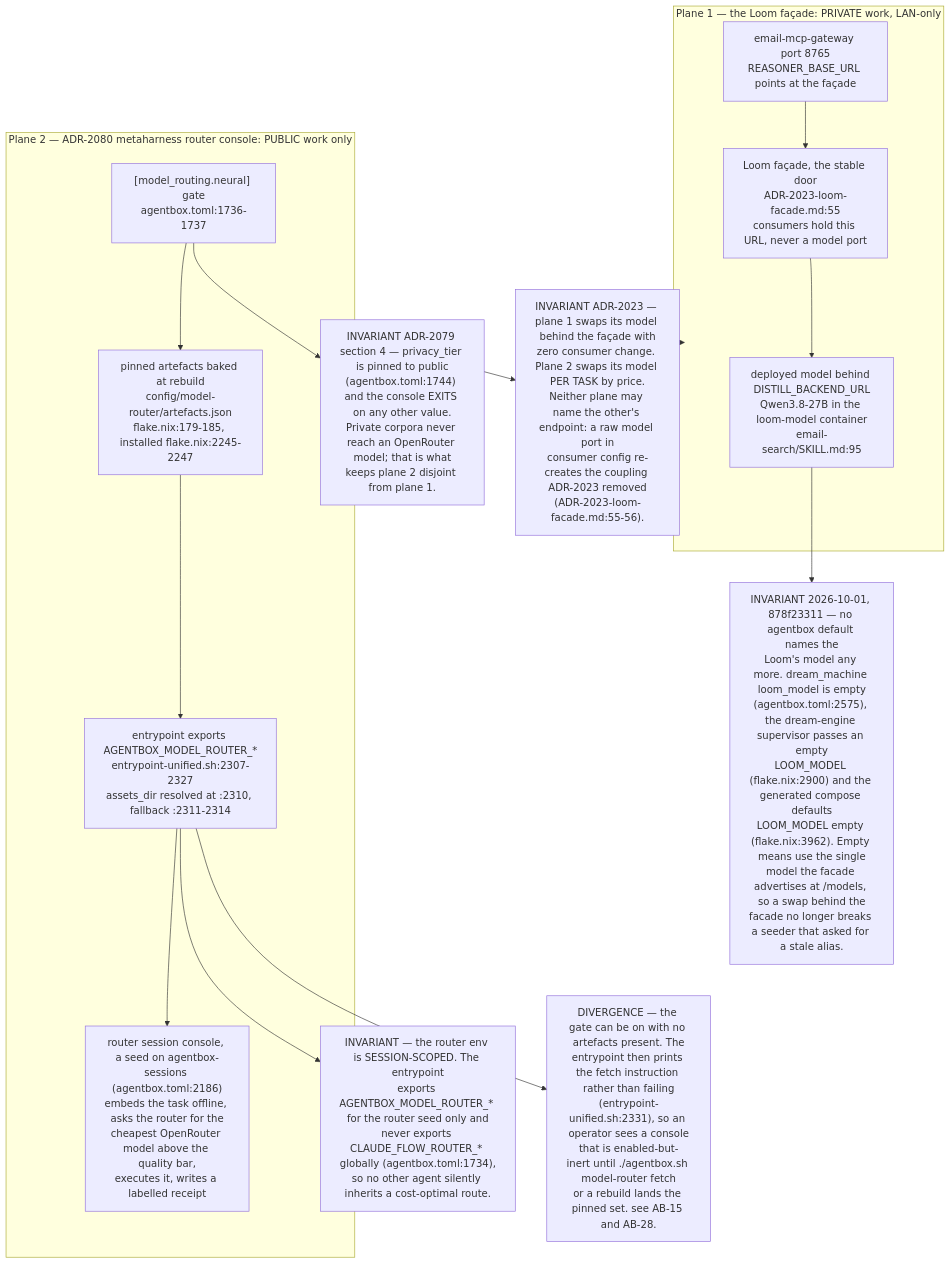
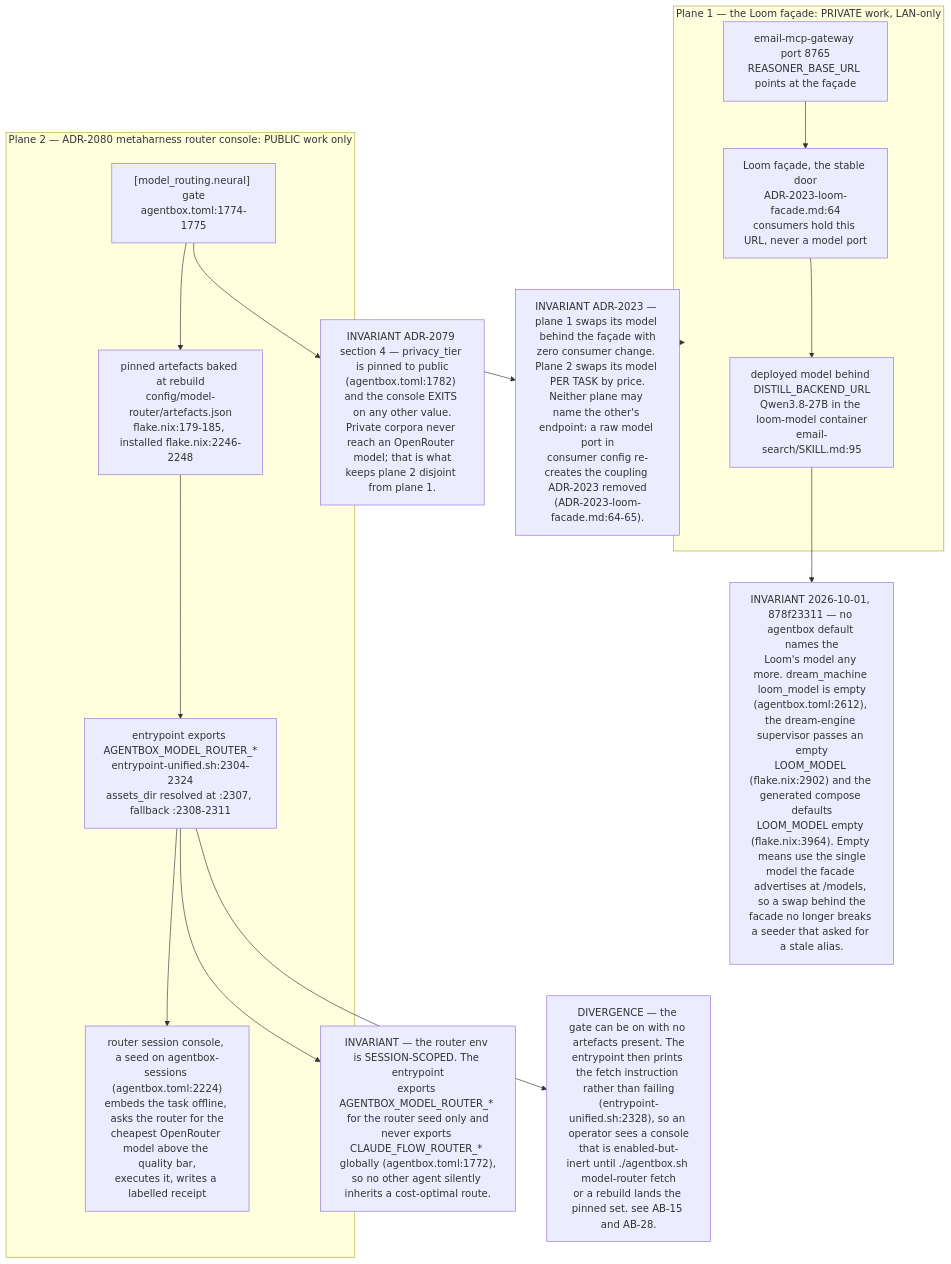
One commit to DreamLab-AI/VisionFlow changed the tenth of 11 diagrams in docs/diagrams/estate/06-loom-and-email-privacy-path.md. Above: the diagram before and after it, drawn with Mermaid. The commit also changed other lines of this file and 91 other files, not shown here.

````diff
--- a/docs/diagrams/estate/06-loom-and-email-privacy-path.md
+++ b/docs/diagrams/estate/06-loom-and-email-privacy-path.md
@@ -351,31 +356,31 @@
 ```mermaid
 flowchart TB
     subgraph PRIV["Plane 1 — the Loom façade: PRIVATE work, LAN-only"]
-        FAC["Loom façade, the stable door<br/>ADR-2023-loom-facade.md:55<br/>consumers hold this URL, never a model port"]
+        FAC["Loom façade, the stable door<br/>ADR-2023-loom-facade.md:64<br/>consumers hold this URL, never a model port"]
         MDL["deployed model behind DISTILL_BACKEND_URL<br/>Qwen3.8-27B in the loom-model container<br/>email-search/SKILL.md:95"]
         MAIL["email-mcp-gateway port 8765<br/>REASONER_BASE_URL points at the façade"]
         FAC --> MDL
         MAIL --> FAC
     end
 
     subgraph PUB["Plane 2 — ADR-2080 metaharness router console: PUBLIC work only"]
-        GATE["[model_routing.neural] gate<br/>agentbox.toml:1736-1737"]
-        ART["pinned artefacts baked at rebuild<br/>config/model-router/artefacts.json<br/>flake.nix:179-185, installed flake.nix:2245-2247"]
-        ENV["entrypoint exports AGENTBOX_MODEL_ROUTER_*<br/>entrypoint-unified.sh:2307-2327<br/>assets_dir resolved at :2310, fallback :2311-2314"]
-        CON["router session console, a seed on agentbox-sessions (agentbox.toml:2186)<br/>embeds the task offline, asks the router for the<br/>cheapest OpenRouter model above the quality bar,<br/>executes it, writes a labelled receipt"]
+        GATE["[model_routing.neural] gate<br/>agentbox.toml:1774-1775"]
+        ART["pinned artefacts baked at rebuild<br/>config/model-router/artefacts.json<br/>flake.nix:179-185, installed flake.nix:2246-2248"]
+        ENV["entrypoint exports AGENTBOX_MODEL_ROUTER_*<br/>entrypoint-unified.sh:2304-2324<br/>assets_dir resolved at :2307, fallback :2308-2311"]
+        CON["router session console, a seed on agentbox-sessions (agentbox.toml:2224)<br/>embeds the task offline, asks the router for the<br/>cheapest OpenRouter model above the quality bar,<br/>executes it, writes a labelled receipt"]
         GATE --> ART --> ENV --> CON
     end
 
-    INV1["INVARIANT ADR-2079 section 4 — privacy_tier is pinned to public<br/>(agentbox.toml:1744) and the console EXITS on any other value.<br/>Private corpora never reach an OpenRouter model; that is what<br/>keeps plane 2 disjoint from plane 1."]
-    INV2["INVARIANT — the router env is SESSION-SCOPED. The entrypoint<br/>exports AGENTBOX_MODEL_ROUTER_* for the router seed only and<br/>never exports CLAUDE_FLOW_ROUTER_* globally (agentbox.toml:1734),<br/>so no other agent silently inherits a cost-optimal route."]
-    INV3["INVARIANT ADR-2023 — plane 1 swaps its model behind the façade with<br/>zero consumer change. Plane 2 swaps its model PER TASK by price.<br/>Neither plane may name the other's endpoint: a raw model port in<br/>consumer config re-creates the coupling ADR-2023 removed<br/>(ADR-2023-loom-facade.md:55-56)."]
-    DEG["DIVERGENCE — the gate can be on with no artefacts present. The<br/>entrypoint then prints the fetch instruction rather than failing<br/>(entrypoint-unified.sh:2331), so an operator sees a console<br/>that is enabled-but-inert until ./agentbox.sh model-router fetch<br/>or a rebuild lands the pinned set. see AB-15 and AB-28."]
+    INV1["INVARIANT ADR-2079 section 4 — privacy_tier is pinned to public<br/>(agentbox.toml:1782) and the console EXITS on any other value.<br/>Private corpora never reach an OpenRouter model; that is what<br/>keeps plane 2 disjoint from plane 1."]
+    INV2["INVARIANT — the router env is SESSION-SCOPED. The entrypoint<br/>exports AGENTBOX_MODEL_ROUTER_* for the router seed only and<br/>never exports CLAUDE_FLOW_ROUTER_* globally (agentbox.toml:1772),<br/>so no other agent silently inherits a cost-optimal route."]
+    INV3["INVARIANT ADR-2023 — plane 1 swaps its model behind the façade with<br/>zero consumer change. Plane 2 swaps its model PER TASK by price.<br/>Neither plane may name the other's endpoint: a raw model port in<br/>consumer config re-creates the coupling ADR-2023 removed<br/>(ADR-2023-loom-facade.md:64-65)."]
+    DEG["DIVERGENCE — the gate can be on with no artefacts present. The<br/>entrypoint then prints the fetch instruction rather than failing<br/>(entrypoint-unified.sh:2328), so an operator sees a console<br/>that is enabled-but-inert until ./agentbox.sh model-router fetch<br/>or a rebuild lands the pinned set. see AB-15 and AB-28."]
 
-    NOPIN["INVARIANT 2026-10-01, 878f23311 — no agentbox default names the<br/>Loom's model any more. dream_machine loom_model is empty<br/>(agentbox.toml:2575), the dream-engine supervisor passes an empty<br/>LOOM_MODEL (flake.nix:2900) and the generated compose defaults<br/>LOOM_MODEL empty (flake.nix:3962). Empty means use the single<br/>model the facade advertises at /models, so a swap behind the<br/>facade no longer breaks a seeder that asked for a stale alias."]
+    NOPIN["INVARIANT 2026-10-01, 878f23311 — no agentbox default names the<br/>Loom's model any more. dream_machine loom_model is empty<br/>(agentbox.toml:2612), the dream-engine supervisor passes an empty<br/>LOOM_MODEL (flake.nix:2902) and the generated compose defaults<br/>LOOM_MODEL empty (flake.nix:3964). Empty means use the single<br/>model the facade advertises at /models, so a swap behind the<br/>facade no longer breaks a seeder that asked for a stale alias."]
     MDL --> NOPIN
     PRIV --> INV3
     PUB --> INV3
     GATE --> INV1
     ENV --> INV2
     ENV --> DEG
 ```
````
